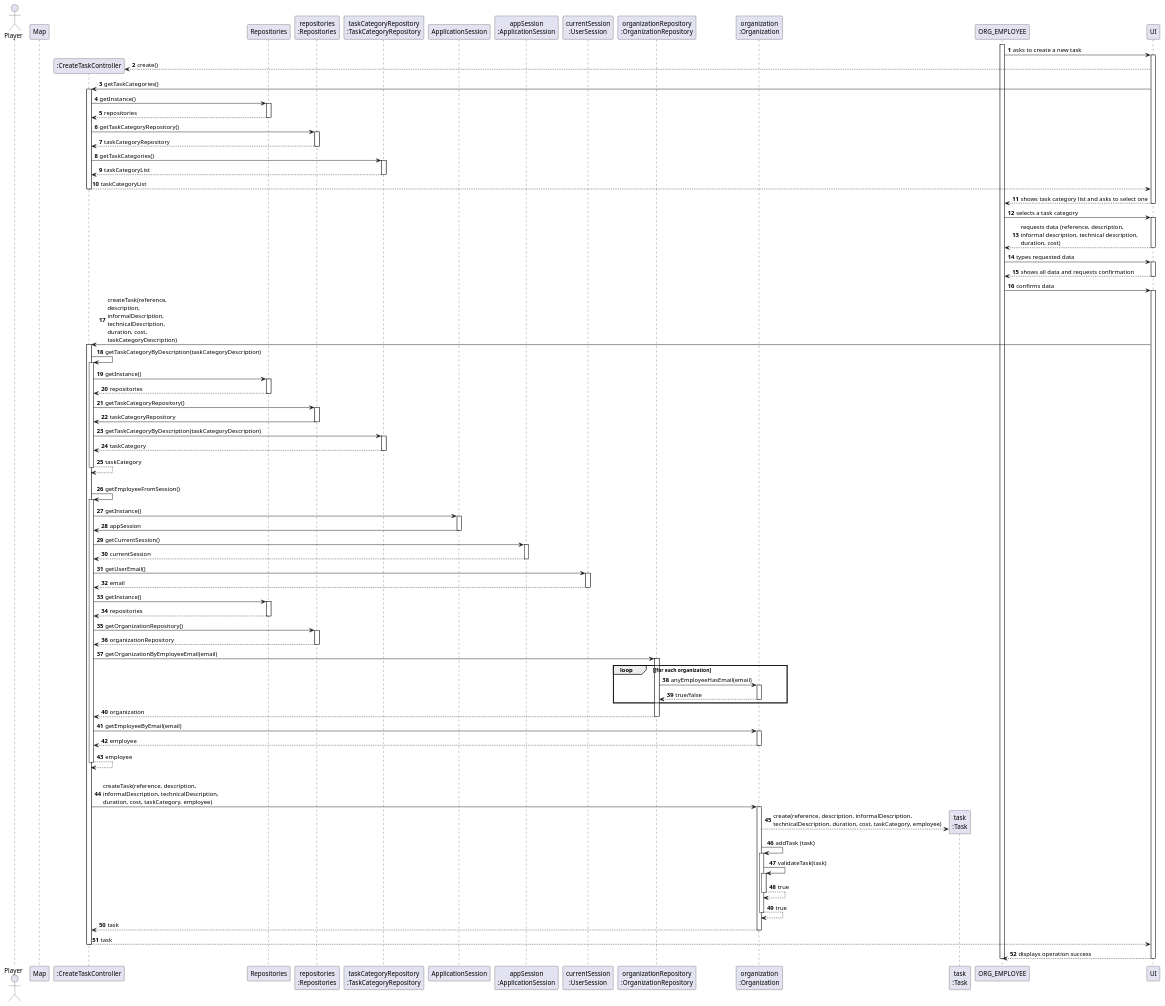
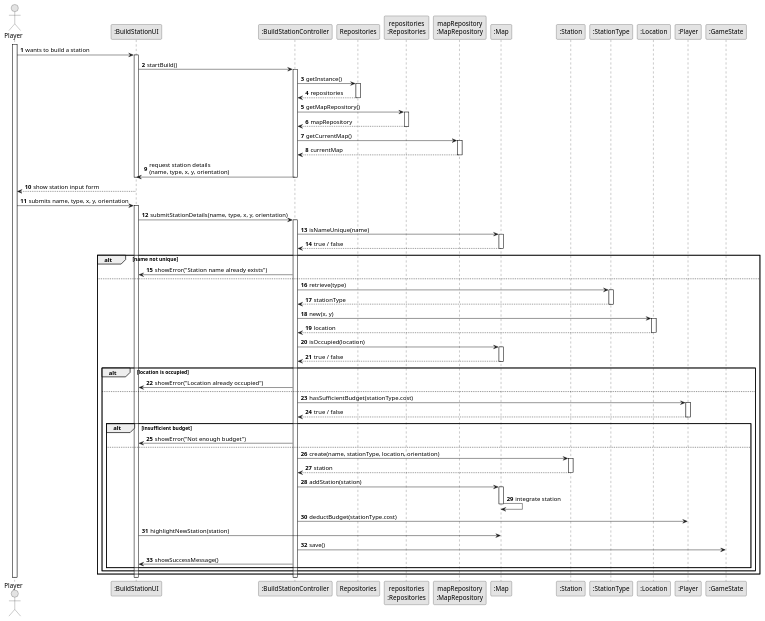
Before and after one commit to 1240826/empire-on-tracks: the diagram in docs/system-documentation/US005/03.design/puml/US005-SD-full.puml, drawn with PlantUML. The commit also changed 6 other files, not shown here.

```diff
--- a/docs/system-documentation/US005/03.design/puml/US005-SD-full.puml
+++ b/docs/system-documentation/US005/03.design/puml/US005-SD-full.puml
@@ -1,157 +1,113 @@
 @startuml
-'skinparam monochrome true
+skinparam monochrome true
 skinparam packageStyle rectangle
 skinparam shadowing false
 
 autonumber
 
-'hide footbox
 actor "Player" as Player
-participant "Map" as Map
-participant ":CreateTaskController" as CTRL
+participant ":BuildStationUI" as UI
+participant ":BuildStationController" as Controller
 participant "Repositories" as REPOS
 participant "repositories\n:Repositories" as REPOS_SINGLETON
-participant "taskCategoryRepository\n:TaskCategoryRepository" as TASK_CAT_REPO
-participant "ApplicationSession" as APP_SESSION
-participant "appSession\n:ApplicationSession" as APP_SESSION_SINGLETON
-participant "currentSession\n:UserSession" as CURRENT_SESSION
-participant "organizationRepository\n:OrganizationRepository" as ORG_REPO
-participant "organization\n:Organization" as ORG
-participant "task\n:Task" as TASK
+participant "mapRepository\n:MapRepository" as MAP_REPO
+participant ":Map" as Map
+participant ":Station" as Station
+participant ":StationType" as StationType
+participant ":Location" as Location
+participant ":Player" as PlayerObj
+participant ":GameState" as GameState
 
-activate ORG_EMPLOYEE
+activate Player
 
-        ORG_EMPLOYEE -> UI : asks to create a new task
-        activate UI
-            UI --> CTRL** : create()
+Player -> UI : wants to build a station
+activate UI
 
-            UI -> CTRL : getTaskCategories()
-            activate CTRL
-                CTRL -> REPOS : getInstance()
-                activate REPOS
-                    REPOS --> CTRL: repositories
-                deactivate REPOS
+    UI -> Controller : startBuild()
+    activate Controller
 
-                CTRL -> REPOS_SINGLETON : getTaskCategoryRepository()
-                activate REPOS_SINGLETON
-                    REPOS_SINGLETON --> CTRL: taskCategoryRepository
-                deactivate REPOS_SINGLETON
+        Controller -> REPOS : getInstance()
+        activate REPOS
+            REPOS --> Controller : repositories
+        deactivate REPOS
 
-                CTRL -> TASK_CAT_REPO : getTaskCategories()
-                activate TASK_CAT_REPO
-                    TASK_CAT_REPO --> CTRL : taskCategoryList
-                deactivate TASK_CAT_REPO
+        Controller -> REPOS_SINGLETON : getMapRepository()
+        activate REPOS_SINGLETON
+            REPOS_SINGLETON --> Controller : mapRepository
+        deactivate REPOS_SINGLETON
 
-                CTRL --> UI : taskCategoryList
-            deactivate CTRL
+        Controller -> MAP_REPO : getCurrentMap()
+        activate MAP_REPO
+            MAP_REPO --> Controller : currentMap
+        deactivate MAP_REPO
 
-            UI --> ORG_EMPLOYEE : shows task category list and asks to select one
-        deactivate UI
+        Controller -> UI : request station details\n(name, type, x, y, orientation)
+    deactivate Controller
+deactivate UI
 
-    ORG_EMPLOYEE -> UI : selects a task category
-    activate UI
-        UI --> ORG_EMPLOYEE : requests data (reference, description, \ninformal description, technical description,\nduration, cost)
-    deactivate UI
+UI --> Player : show station input form
+Player -> UI : submits name, type, x, y, orientation
+activate UI
 
-    ORG_EMPLOYEE -> UI : types requested data
-    activate UI
-        UI --> ORG_EMPLOYEE : shows all data and requests confirmation
-    deactivate UI
+    UI -> Controller : submitStationDetails(name, type, x, y, orientation)
+    activate Controller
 
-    ORG_EMPLOYEE -> UI : confirms data
-    activate UI
-        UI -> CTRL : createTask(reference,\ndescription,\ninformalDescription,\ntechnicalDescription,\nduration, cost,\ntaskCategoryDescription)
-        activate CTRL
-            CTRL -> CTRL : getTaskCategoryByDescription(taskCategoryDescription)
-            activate CTRL
-                CTRL -> REPOS : getInstance()
-                activate REPOS
-                    REPOS --> CTRL: repositories
-                deactivate REPOS
+        Controller -> Map : isNameUnique(name)
+        activate Map
+            Map --> Controller : true / false
+        deactivate Map
 
-                CTRL -> REPOS_SINGLETON : getTaskCategoryRepository()
-                activate REPOS_SINGLETON
-                    REPOS_SINGLETON -> CTRL : taskCategoryRepository
-                deactivate REPOS_SINGLETON
+        alt name not unique
+            Controller -> UI : showError("Station name already exists")
+        else
+            Controller -> StationType : retrieve(type)
+            activate StationType
+                StationType --> Controller : stationType
+            deactivate StationType
 
-                CTRL -> TASK_CAT_REPO : getTaskCategoryByDescription(taskCategoryDescription)
-                activate TASK_CAT_REPO
-                    TASK_CAT_REPO --> CTRL : taskCategory
-                deactivate TASK_CAT_REPO
-                    CTRL --> CTRL : taskCategory
-            deactivate CTRL
+            Controller -> Location : new(x, y)
+            activate Location
+                Location --> Controller : location
+            deactivate Location
 
-            |||
-            CTRL -> CTRL : getEmployeeFromSession()
-            activate CTRL
-                CTRL -> APP_SESSION: getInstance()
-                activate APP_SESSION
-                    APP_SESSION -> CTRL: appSession
-                deactivate APP_SESSION
+            Controller -> Map : isOccupied(location)
+            activate Map
+                Map --> Controller : true / false
+            deactivate Map
 
-                CTRL -> APP_SESSION_SINGLETON: getCurrentSession()
-                activate APP_SESSION_SINGLETON
-                    APP_SESSION_SINGLETON --> CTRL: currentSession
-                deactivate APP_SESSION_SINGLETON
+            alt location is occupied
+                Controller -> UI : showError("Location already occupied")
+            else
+                Controller -> PlayerObj : hasSufficientBudget(stationType.cost)
+                activate PlayerObj
+                    PlayerObj --> Controller : true / false
+                deactivate PlayerObj
 
-                CTRL -> CURRENT_SESSION: getUserEmail()
-                activate CURRENT_SESSION
-                    CURRENT_SESSION --> CTRL: email
-                deactivate CURRENT_SESSION
+                alt insufficient budget
+                    Controller -> UI : showError("Not enough budget")
+                else
+                    Controller -> Station : create(name, stationType, location, orientation)
+                    activate Station
+                        Station --> Controller : station
+                    deactivate Station
 
-                CTRL -> REPOS : getInstance()
-                activate REPOS
-                    REPOS --> CTRL: repositories
-                deactivate REPOS
+                    Controller -> Map : addStation(station)
+                    activate Map
+                        Map -> Map : integrate station
+                    deactivate Map
 
-                CTRL -> REPOS_SINGLETON: getOrganizationRepository()
-                activate REPOS_SINGLETON
-                    REPOS_SINGLETON --> CTRL: organizationRepository
-                deactivate REPOS_SINGLETON
+                    Controller -> PlayerObj : deductBudget(stationType.cost)
 
-                CTRL -> ORG_REPO: getOrganizationByEmployeeEmail(email)
-                activate ORG_REPO
+                    UI -> Map : highlightNewStation(station)
 
-                    loop [for each organization
-                        ORG_REPO -> ORG : anyEmployeeHasEmail(email)
-                        activate ORG
-                             ORG --> ORG_REPO : true/false
-                        deactivate ORG
-                    end
-                    ORG_REPO --> CTRL : organization
-                deactivate ORG_REPO
+                    Controller -> GameState : save()
 
-                CTRL -> ORG: getEmployeeByEmail(email)
-                activate ORG
-                    ORG --> CTRL : employee
-                deactivate ORG
+                    Controller -> UI : showSuccessMessage()
+                end
+            end
+        end
+    deactivate Controller
+deactivate UI
 
-                CTRL --> CTRL : employee
-            deactivate CTRL
-
-            |||
-            CTRL -> ORG: createTask(reference, description,\ninformalDescription, technicalDescription,\nduration, cost, taskCategory, employee)
-            activate ORG
-                ORG --> TASK**: create(reference, description, informalDescription, \ntechnicalDescription, duration, cost, taskCategory, employee)
-
-                ORG -> ORG: addTask (task)
-                activate ORG
-                    ORG -> ORG: validateTask(task)
-                    activate ORG
-                        ORG --> ORG : true
-                    deactivate ORG
-
-                    ORG --> ORG : true
-                deactivate ORG
-
-                ORG --> CTRL : task
-            deactivate ORG
-
-            CTRL --> UI: task
-            deactivate CTRL
-            UI --> ORG_EMPLOYEE: displays operation success
-    deactivate UI
-
-deactivate ORG_EMPLOYEE
-
+deactivate Player
 @enduml
```
